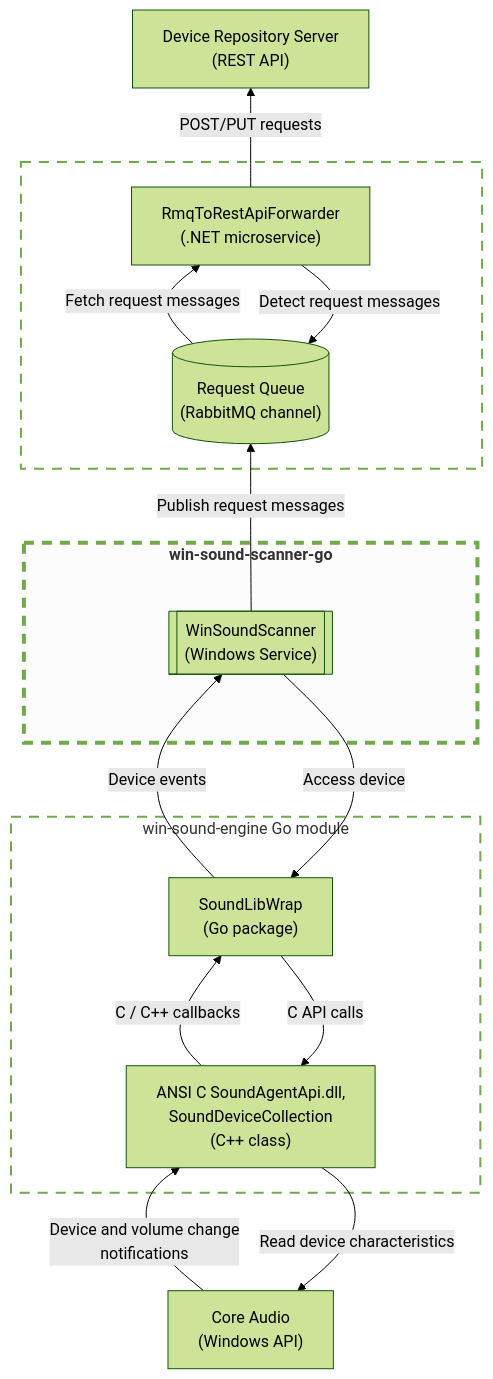
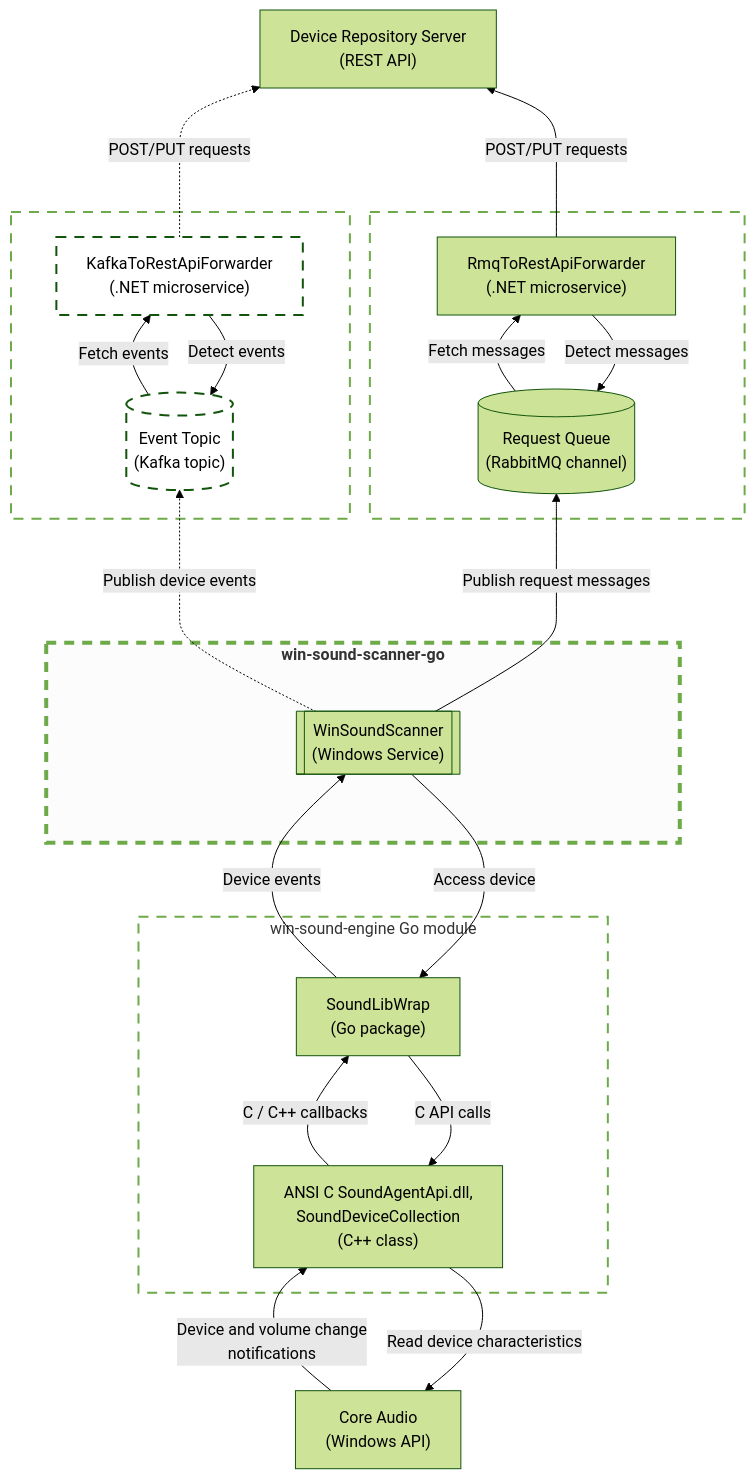
Before and after one commit to collect-sound-devices/win-sound-scanner-go: the diagram in README.md, drawn with Mermaid (forest theme).

Commit message:
README Diagram: reflect Kafka event topic integration

````diff
--- a/README.md
+++ b/README.md
@@ -9,51 +9,64 @@
 ```mermaid
 flowchart BT
 
 classDef dottedBox fill:transparent, fill-opacity:0.55, stroke-dasharray:10 8, stroke-width:2px;
 classDef stressedBox fill:#f0f0f0, fill-opacity:0.2, stroke-dasharray:10 8, stroke-width:4px;
 classDef invisibleNode fill:transparent, stroke:transparent;
 
 coreAudioApi["Core Audio<br>(Windows API)"]
 
 subgraph scannerBackend["win-sound-engine Go module"]
     invisible3["<br><br><br><br><br>"]
     class invisible3 invisibleNode
     goCgoWrapper["SoundLibWrap<br>(Go package)"]
     soundAgentApiDll["ANSI C SoundAgentApi.dll,<br>SoundDeviceCollection<br>(C++ class)"]
     invisible4["<br><br><br><br><br>"]
     class invisible4 invisibleNode
 end
 class scannerBackend dottedBox
 
 coreAudioApi -->|Device and volume change<br>notifications| soundAgentApiDll
 soundAgentApiDll --> |Read device characteristics| coreAudioApi
 
 subgraph scannerService["<b>win-sound-scanner-go</b>"]
     invisible1["<br><br><br><br><br>"]
     class invisible1 invisibleNode
     winSoundScannerService[["WinSoundScanner<br>(Windows Service)"]]
     invisible2["<br><br><br><br><br>"]
     class invisible2 invisibleNode
 end
 class scannerService stressedBox
 
-subgraph requestQueueMicroservice["<br>"]
+subgraph eventTopicKafkaMicroservice["<br>"]
+    eventTopic[("Event Topic<br>(Kafka topic)")]
+    class eventTopic dottedBox
+    kafkaRestForwarder["KafkaToRestApiForwarder<br>(.NET microservice)"]
+    class kafkaRestForwarder dottedBox
+end
+class eventTopicKafkaMicroservice dottedBox
+
+subgraph requestQueueRabbitMqMicroservice["<br>"]
     requestQueue[("Request Queue<br>(RabbitMQ channel)")]
     rabbitMqRestForwarder["RmqToRestApiForwarder<br>(.NET microservice)"]
 end
-class requestQueueMicroservice dottedBox
+class requestQueueRabbitMqMicroservice dottedBox
 
 deviceRepositoryApi["Device Repository Server<br>(REST API)"]
 
 winSoundScannerService --> |Access device| goCgoWrapper
 goCgoWrapper -->|Device events| winSoundScannerService
 
 goCgoWrapper --> |C API calls| soundAgentApiDll
 soundAgentApiDll -->|C / C++ callbacks| goCgoWrapper
 
-winSoundScannerService -->|Publish request messages| requestQueue
+winSoundScannerService -..-> |Publish device events| eventTopic
+winSoundScannerService --->|Publish request messages| requestQueue
 
-requestQueue -->|Fetch request messages| rabbitMqRestForwarder
-rabbitMqRestForwarder --> |Detect request messages| requestQueue
-rabbitMqRestForwarder -->|POST/PUT requests| deviceRepositoryApi
+eventTopic -->|Fetch events| kafkaRestForwarder
+kafkaRestForwarder --> |Detect events| eventTopic
+kafkaRestForwarder -..->|POST/PUT requests| deviceRepositoryApi
+
+requestQueue -->|Fetch messages| rabbitMqRestForwarder
+rabbitMqRestForwarder --> |Detect messages| requestQueue
+rabbitMqRestForwarder --->|POST/PUT requests| deviceRepositoryApi
 ```
````
